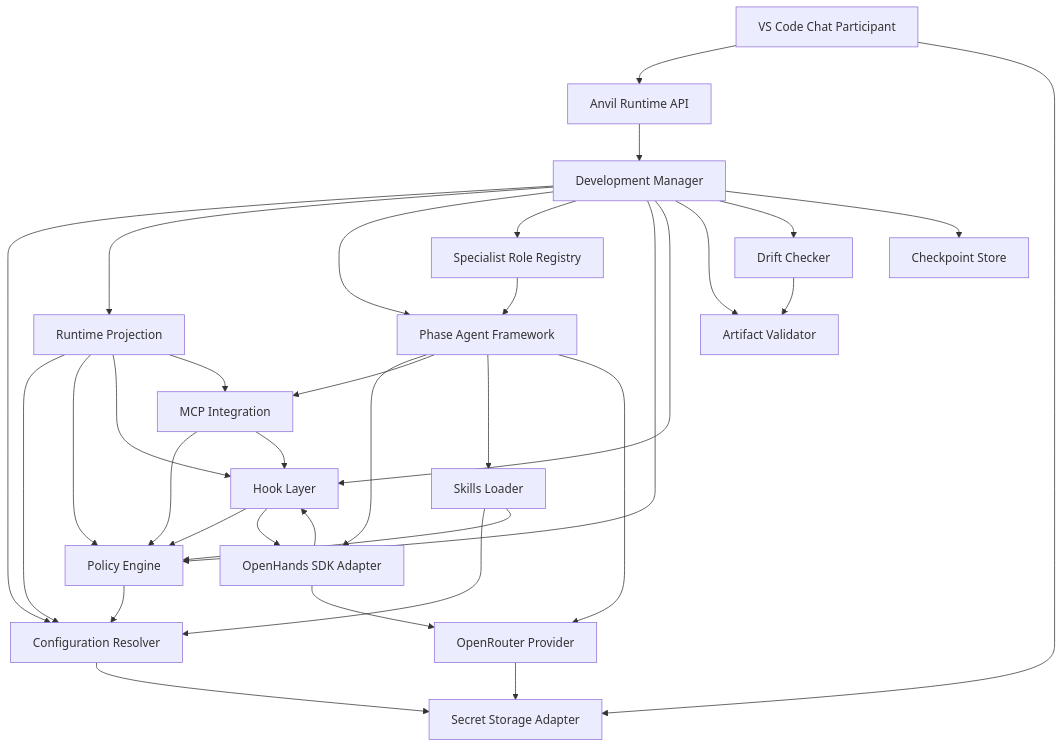
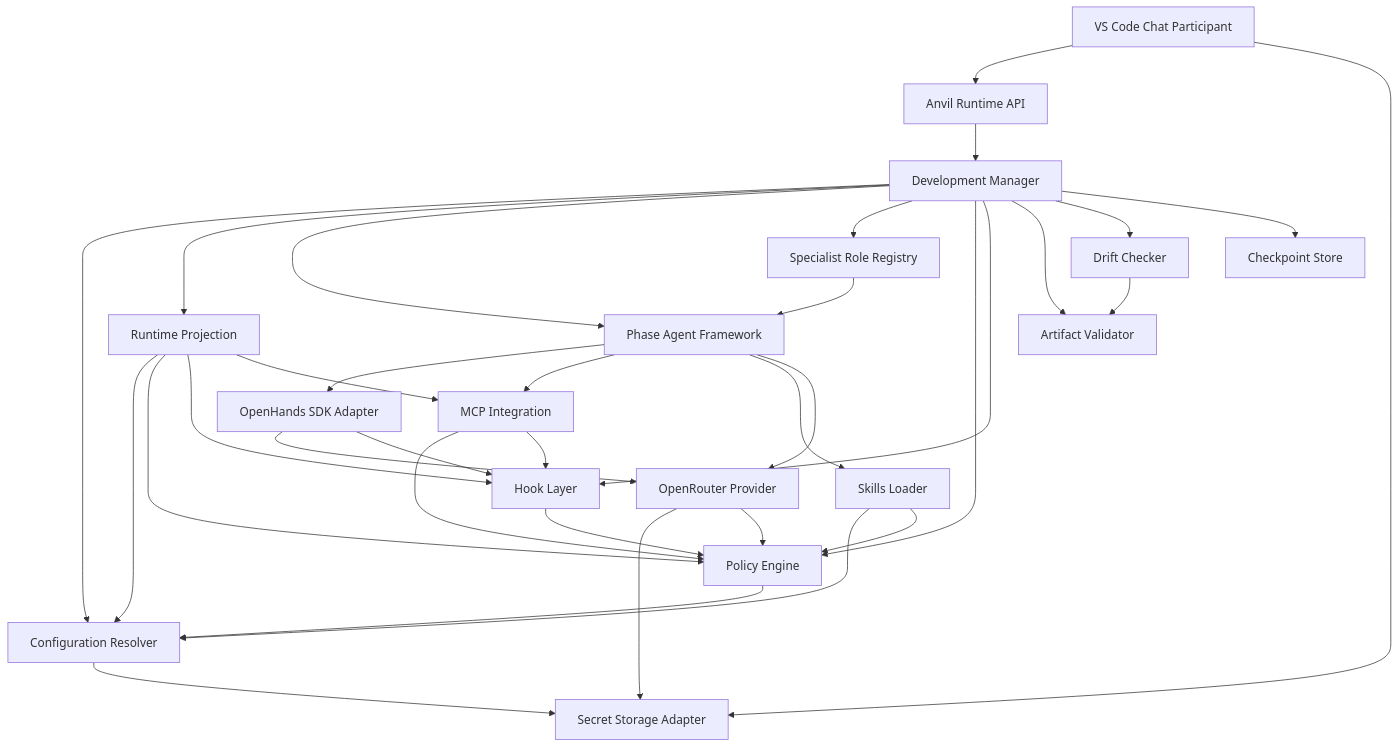
Before and after one commit to aai-pai/anvil-coding-agent: the second of 8 diagrams in docs/architecture.md, drawn with Mermaid. The commit also changed other lines of this file and 1 other file, not shown here.

Commit message:
[ARCHITECTURE] Align spec and architecture docs

````diff
--- a/docs/architecture.md
+++ b/docs/architecture.md
@@ -332,40 +358,40 @@
 ```mermaid
 graph TD
     VSCode[VS Code Chat Participant] --> API[Anvil Runtime API]
     API --> DM[Development Manager]
 
     DM --> CR[Configuration Resolver]
     DM --> RP[Runtime Projection]
     DM --> PAF[Phase Agent Framework]
     DM --> SRR[Specialist Role Registry]
     DM --> PE[Policy Engine]
     DM --> HL[Hook Layer]
     DM --> AV[Artifact Validator]
     DM --> DC[Drift Checker]
     DM --> CS[Checkpoint Store]
 
     PAF --> OHA[OpenHands SDK Adapter]
     PAF --> MCP[MCP Integration]
     PAF --> SK[Skills Loader]
     PAF --> ORP[OpenRouter Provider]
     SRR --> PAF
 
     RP --> CR
     RP --> PE
     RP --> HL
     RP --> MCP
     PE --> CR
     HL --> PE
-    HL --> OHA
     MCP --> PE
     MCP --> HL
     SK --> CR
     SK --> PE
     DC --> AV
 
     ORP --> SSA[Secret Storage Adapter]
+    ORP --> PE
     OHA --> ORP
     OHA --> HL
     CR --> SSA
     VSCode --> SSA
 ```
````
